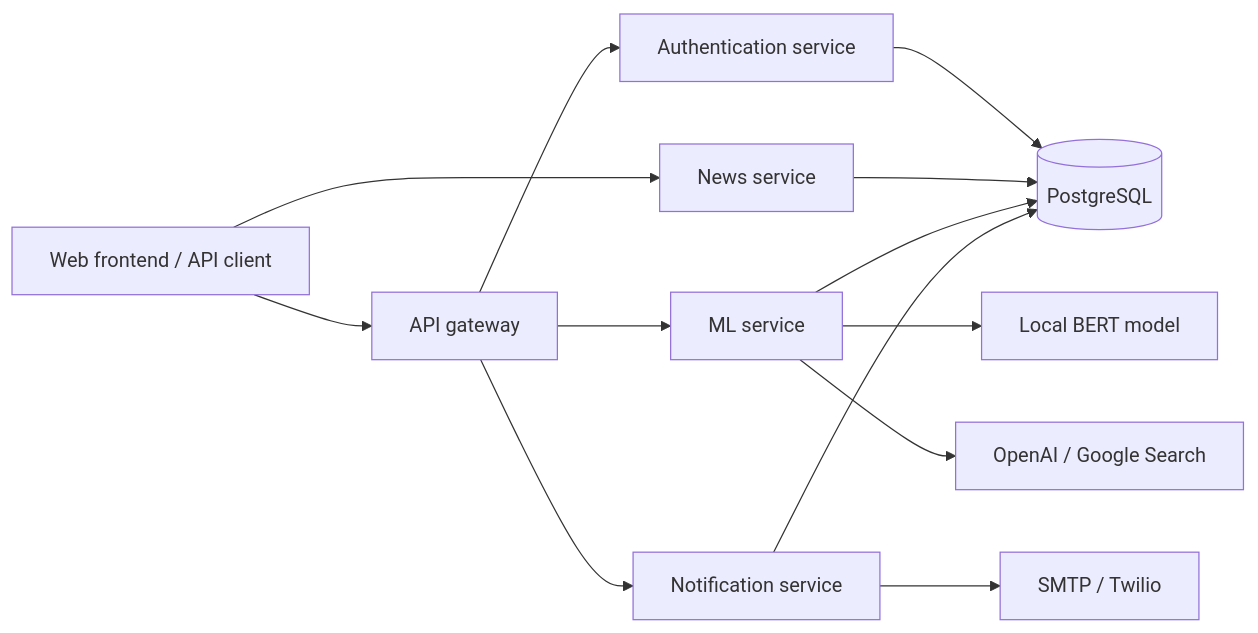
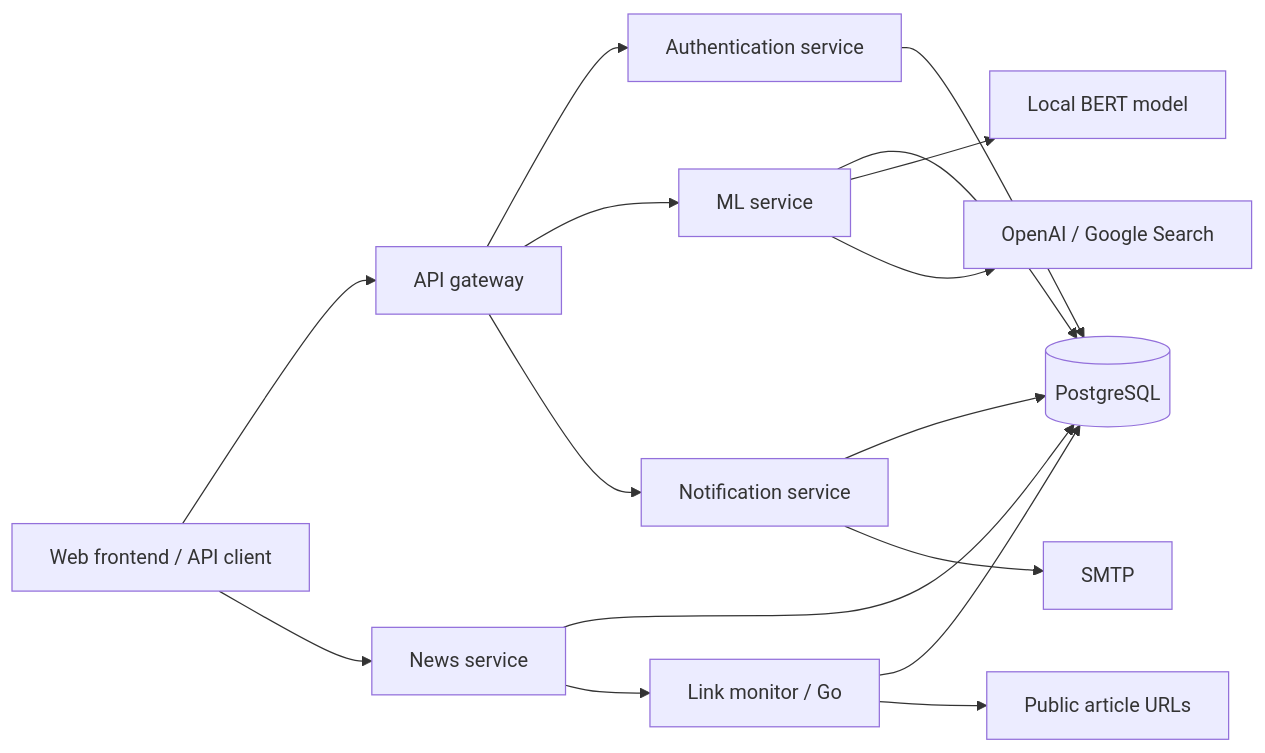
The diagram in README.md (AndrewMtz23/HealthcheckBack), drawn with Mermaid before and after one commit. The commit also changed other lines of this file and 4 other files, not shown here.

````diff
--- a/README.md
+++ b/README.md
@@ -24,15 +25,18 @@
 ```mermaid
 flowchart LR
     Client[Web frontend / API client] --> Gateway[API gateway]
     Client --> News[News service]
     Gateway --> Auth[Authentication service]
     Gateway --> ML[ML service]
     Gateway --> Notifications[Notification service]
     Auth --> DB[(PostgreSQL)]
     News --> DB
     ML --> DB
     Notifications --> DB
     ML --> BERT[Local BERT model]
     ML --> Search[OpenAI / Google Search]
-    Notifications --> Delivery[SMTP / Twilio]
+    Notifications --> Delivery[SMTP]
+    News --> Monitor[Link monitor / Go]
+    Monitor --> DB
+    Monitor --> Sources[Public article URLs]
 ```
````
